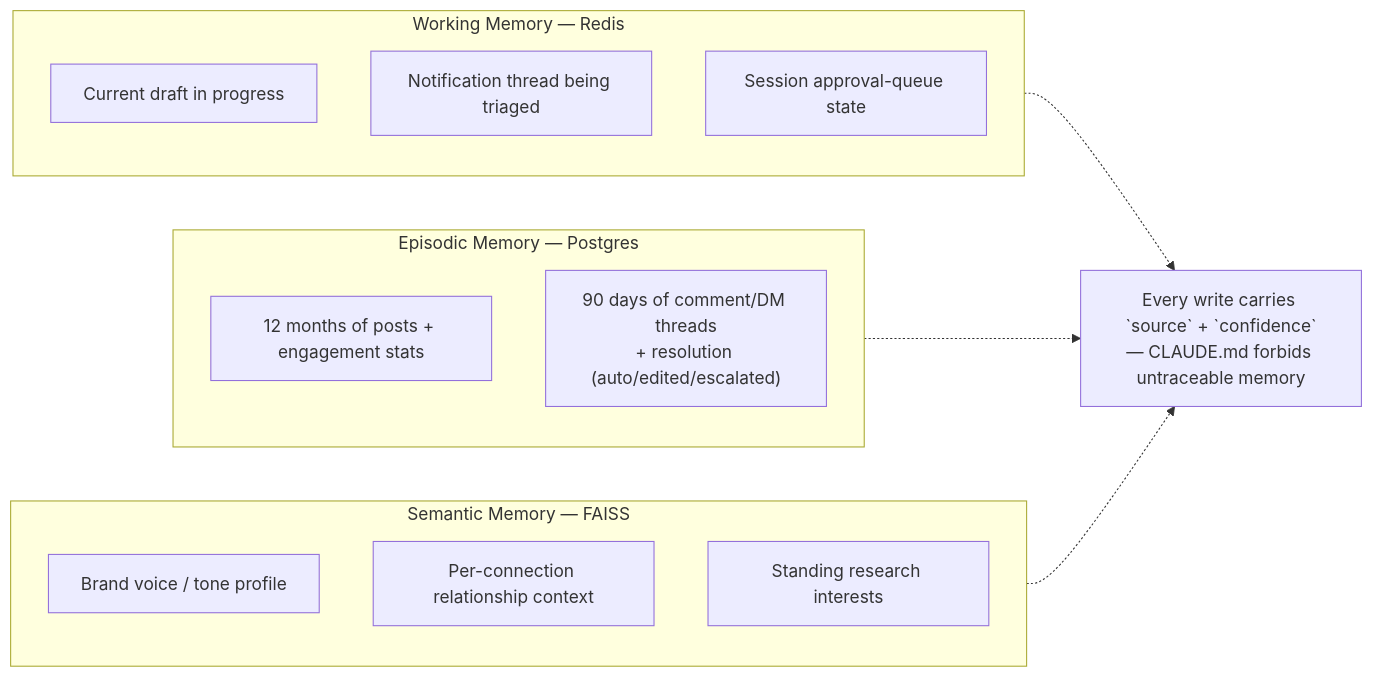
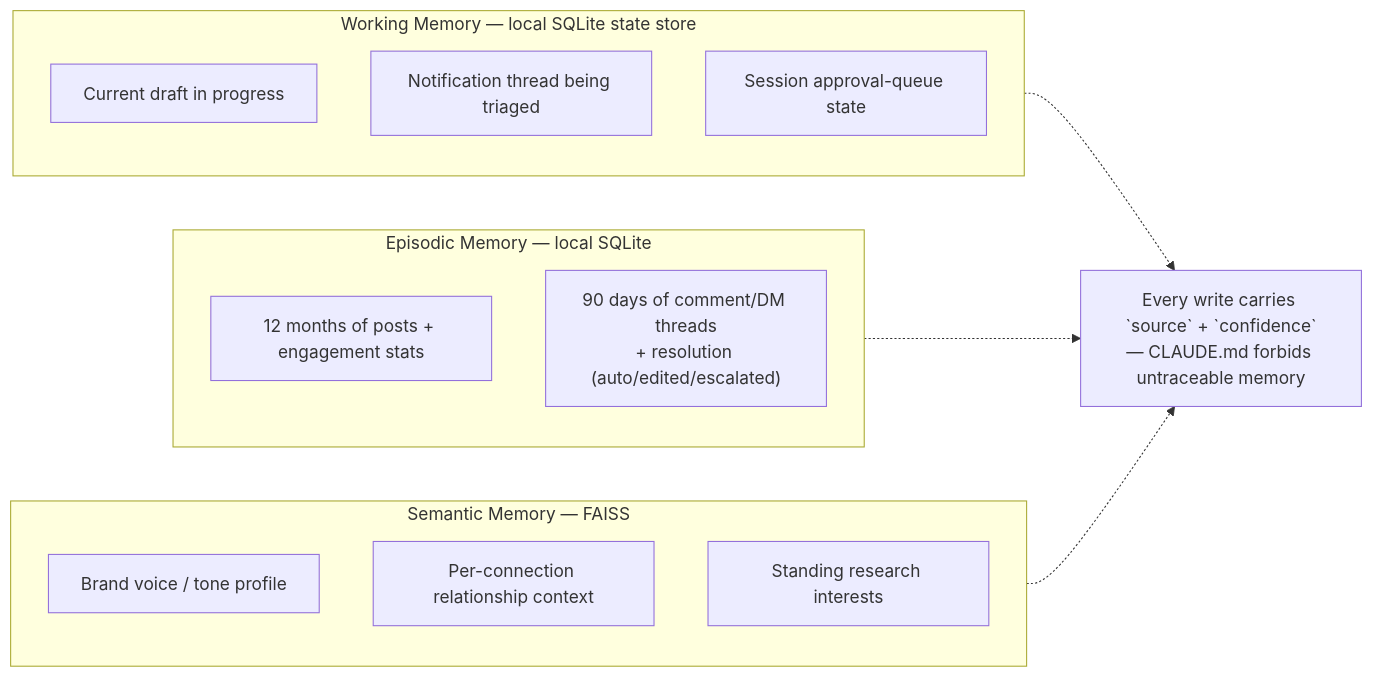
One commit to codaswin/ALM_opensourse changed the fourth of 10 diagrams in README.md. Above: the diagram before and after it, drawn with Mermaid. The commit also changed other lines of this file, not shown here.

````diff
--- a/README.md
+++ b/README.md
@@ -423,21 +406,21 @@
 ```mermaid
 flowchart LR
-    subgraph Working["Working Memory — Redis"]
+    subgraph Working["Working Memory — local SQLite state store"]
         W1["Current draft in progress"]
         W2["Notification thread being triaged"]
         W3["Session approval-queue state"]
     end
-    subgraph Episodic["Episodic Memory — Postgres"]
+    subgraph Episodic["Episodic Memory — local SQLite"]
         E1["12 months of posts + engagement stats"]
         E2["90 days of comment/DM threads<br/>+ resolution (auto/edited/escalated)"]
     end
     subgraph Semantic["Semantic Memory — FAISS"]
         S1["Brand voice / tone profile"]
         S2["Per-connection relationship context"]
         S3["Standing research interests"]
     end
     Note["Every write carries `source` + `confidence`<br/>— CLAUDE.md forbids untraceable memory"]
     Working -.-> Note
     Episodic -.-> Note
     Semantic -.-> Note
 ```
````
